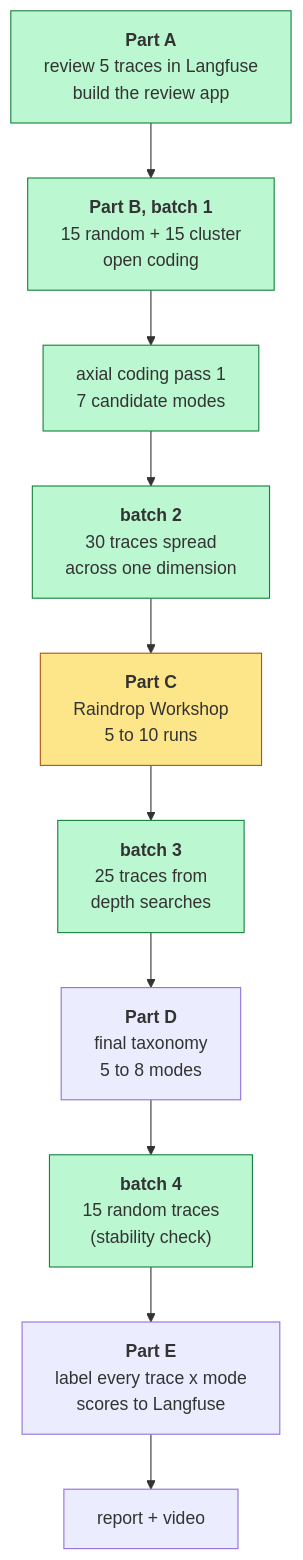
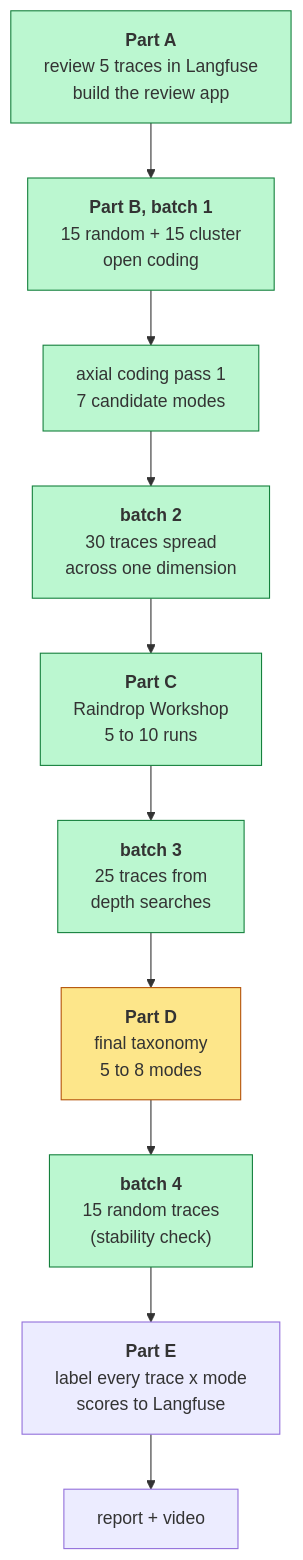
Before and after one commit to edangx100/cartwheel-homeworks: the first of 5 diagrams in homework/homework4_report.md, drawn with Mermaid. The commit also changed other lines of this file and 6 other files, not shown here.

````diff
--- a/homework/homework4_report.md
+++ b/homework/homework4_report.md
@@ -99,23 +99,24 @@
 ```mermaid
 flowchart TD
     PA["<b>Part A</b><br/>review 5 traces in Langfuse<br/>build the review app"]
     B1["<b>Part B, batch 1</b><br/>15 random + 15 cluster<br/>open coding"]
     AX1["axial coding pass 1<br/>7 candidate modes"]
     B2["<b>batch 2</b><br/>30 traces spread<br/>across one dimension"]
     PC["<b>Part C</b><br/>Raindrop Workshop<br/>5 to 10 runs"]
     B3["<b>batch 3</b><br/>25 traces from<br/>depth searches"]
     PD["<b>Part D</b><br/>final taxonomy<br/>5 to 8 modes"]
     B4["<b>batch 4</b><br/>15 random traces<br/>(stability check)"]
     PE["<b>Part E</b><br/>label every trace x mode<br/>scores to Langfuse"]
     V["report + video"]
 
     PA --> B1 --> AX1 --> B2 --> PC --> B3 --> PD --> B4 --> PE --> V
 
     style PA fill:#bbf7d0,stroke:#15803d
     style B1 fill:#bbf7d0,stroke:#15803d
     style AX1 fill:#bbf7d0,stroke:#15803d
     style B2 fill:#bbf7d0,stroke:#15803d
     style B3 fill:#bbf7d0,stroke:#15803d
-    style PC fill:#fde68a,stroke:#b45309
+    style PC fill:#bbf7d0,stroke:#15803d
+    style PD fill:#fde68a,stroke:#b45309
     style B4 fill:#bbf7d0,stroke:#15803d
 ```
````
